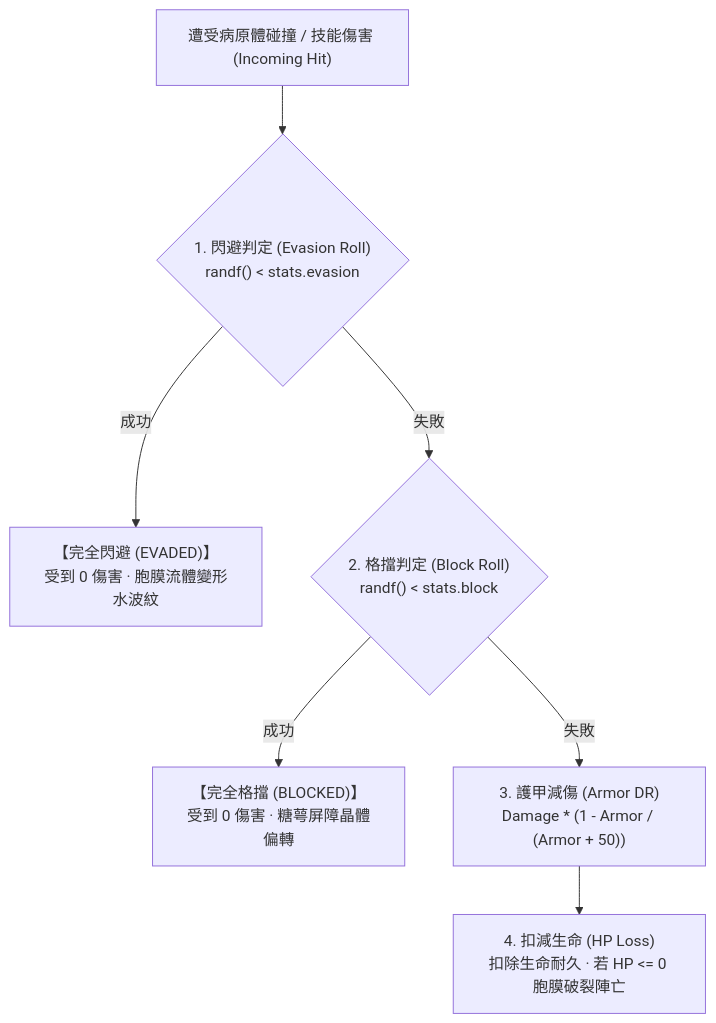
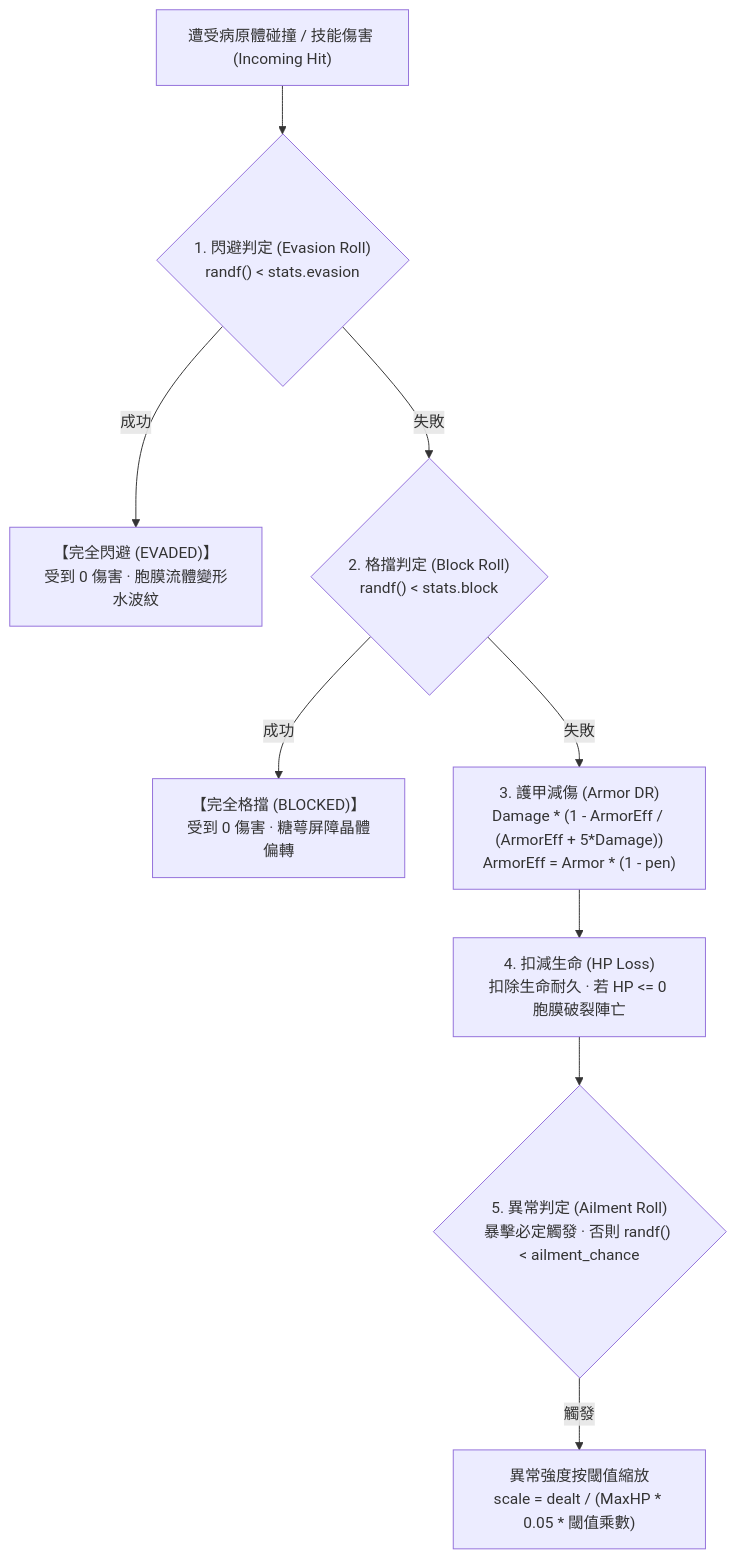
The second of 2 diagrams in docs/stat.md (skyrocket-qy/Phagocyte), drawn with Mermaid before and after one commit. The commit also changed other lines of this file and 32 other files, not shown here.

````diff
--- a/docs/stat.md
+++ b/docs/stat.md
@@ -147,9 +150,11 @@
 ```mermaid
 flowchart TD
     Hit["遭受病原體碰撞 / 技能傷害 (Incoming Hit)"] --> EvCheck{"1. 閃避判定 (Evasion Roll)<br>randf() < stats.evasion"}
     EvCheck -- 成功 --> Evaded["【完全閃避 (EVADED)】<br>受到 0 傷害 · 胞膜流體變形水波紋"]
     EvCheck -- 失敗 --> BlkCheck{"2. 格擋判定 (Block Roll)<br>randf() < stats.block"}
     BlkCheck -- 成功 --> Blocked["【完全格擋 (BLOCKED)】<br>受到 0 傷害 · 糖萼屏障晶體偏轉"]
-    BlkCheck -- 失敗 --> ArmorDR["3. 護甲減傷 (Armor DR)<br>Damage * (1 - Armor / (Armor + 50))"]
+    BlkCheck -- 失敗 --> ArmorDR["3. 護甲減傷 (Armor DR)<br>Damage * (1 - ArmorEff / (ArmorEff + 5*Damage))<br>ArmorEff = Armor * (1 - pen)"]
     ArmorDR --> HPLoss["4. 扣減生命 (HP Loss)<br>扣除生命耐久 · 若 HP <= 0 胞膜破裂陣亡"]
+    HPLoss --> AilRoll{"5. 異常判定 (Ailment Roll)<br>暴擊必定觸發 · 否則 randf() < ailment_chance"}
+    AilRoll -- 觸發 --> AilScale["異常強度按閾值縮放<br>scale = dealt / (MaxHP * 0.05 * 閾值乘數)"]
 ```
````
